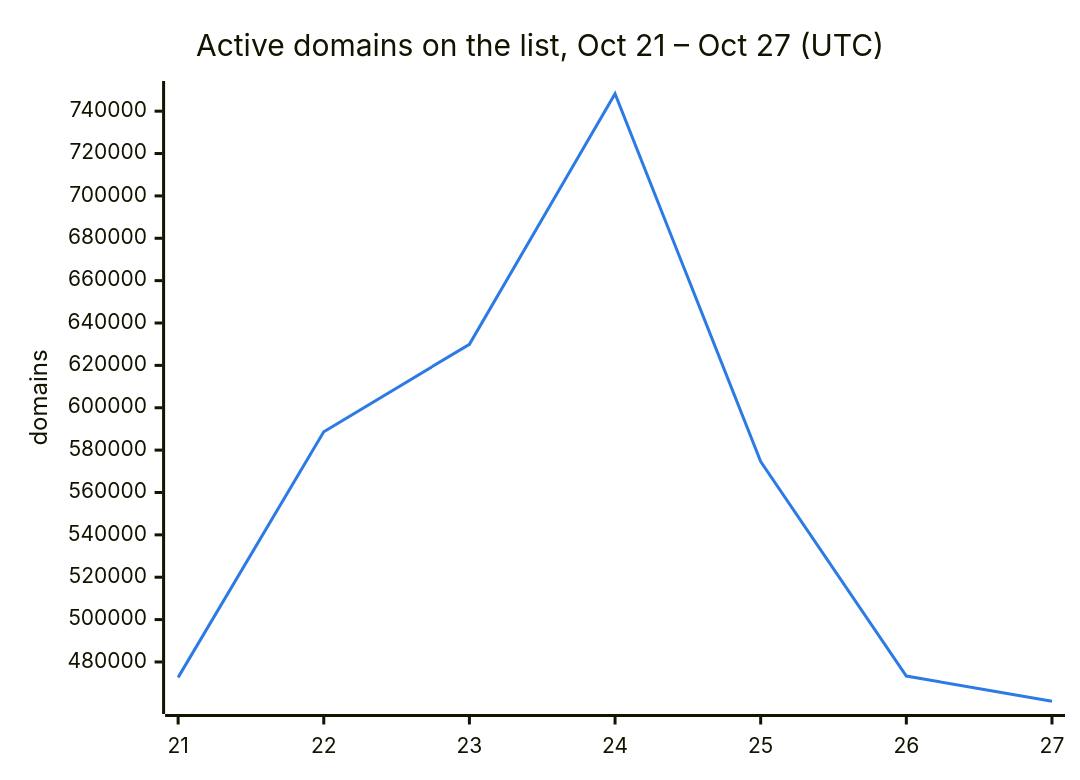
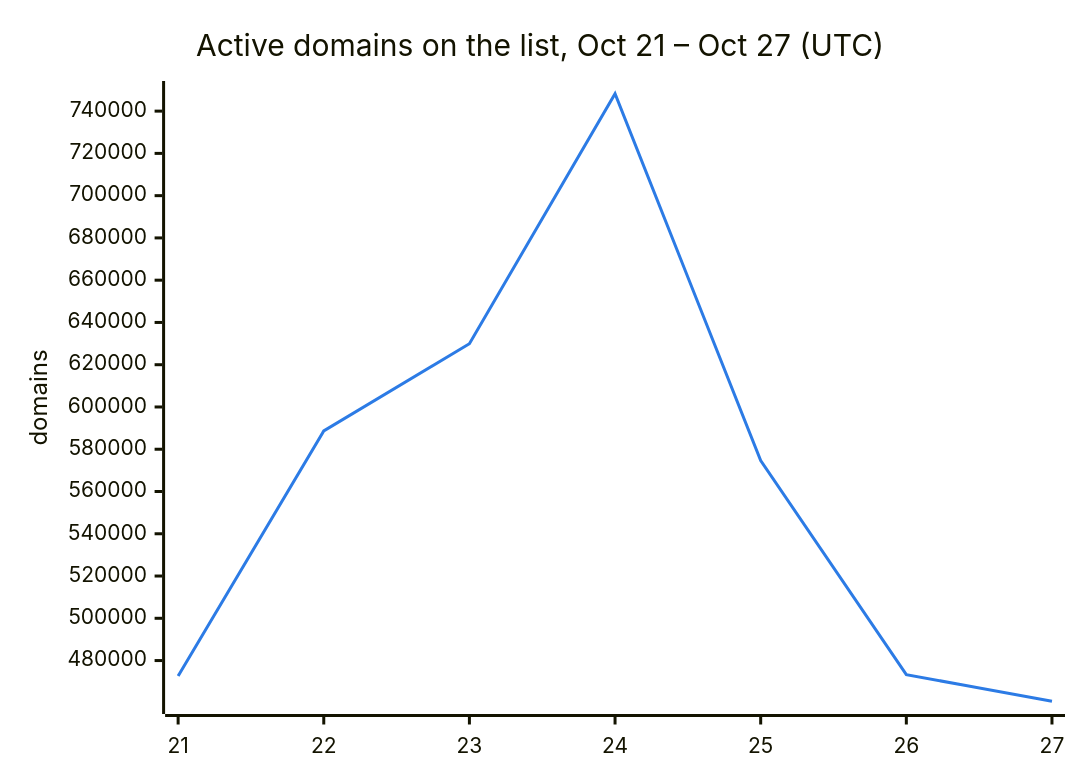
Before and after one commit to DNSBunker/CTI: the second of 3 diagrams in README.md, drawn with Mermaid. The commit also changed other lines of this file and 3 other files, not shown here.

````diff
--- a/README.md
+++ b/README.md
@@ -38,8 +38,8 @@
 ```mermaid
 %%{init: {"themeVariables": {"xyChart": {"plotColorPalette": "#2c7be5"}}}}%%
 xychart-beta
     title "Active domains on the list, Oct 21 – Oct 27 (UTC)"
     x-axis ["21", "22", "23", "24", "25", "26", "27"]
     y-axis "domains"
-    line [472713, 588659, 629951, 748222, 574614, 473331, 461454]
+    line [472713, 588659, 629951, 748222, 574614, 473331, 460745]
 ```
````
